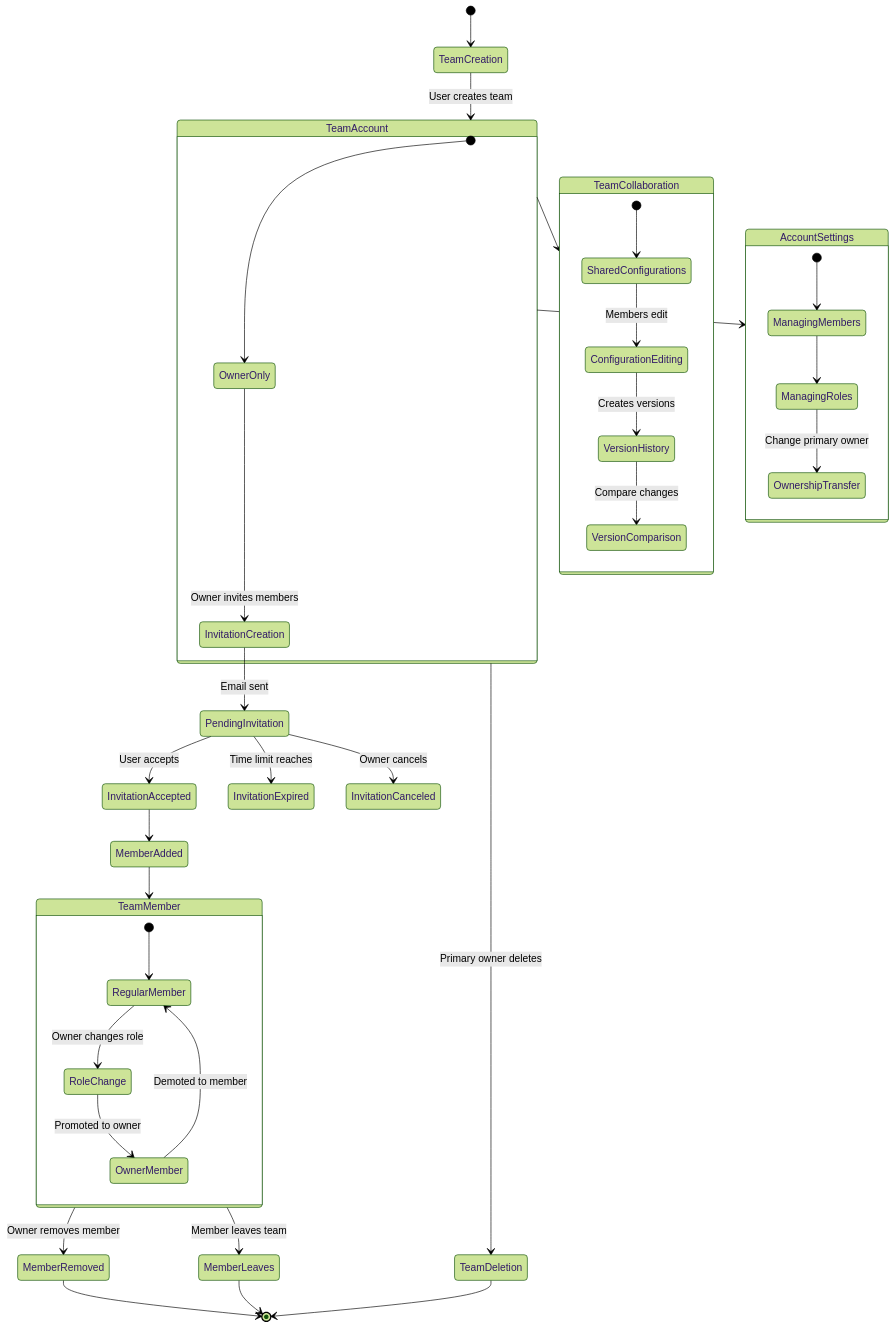
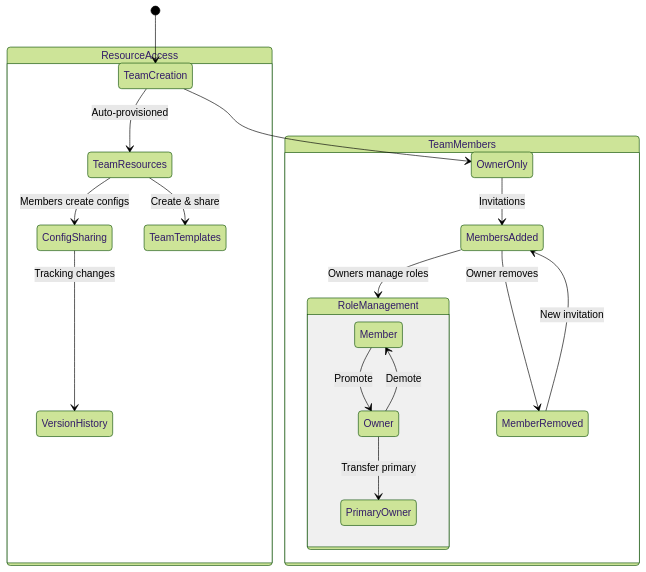
Before and after one commit to leger-labs/leger: the seventh of 10 diagrams in backend/7-business-workflows.md, drawn with Mermaid (forest theme). The commit also changed other lines of this file and 12 other files, not shown here.

````diff
--- a/backend/7-business-workflows.md
+++ b/backend/7-business-workflows.md
@@ -486,51 +347,26 @@
 ```mermaid
 stateDiagram-v2
     [*] --> TeamCreation
-    TeamCreation --> TeamAccount: User creates team
+    TeamCreation --> OwnerOnly
     
-    state TeamAccount {
-        [*] --> OwnerOnly
-        OwnerOnly --> InvitationCreation: Owner invites members
+    state TeamMembers {
+        OwnerOnly --> MembersAdded: Invitations
+        MembersAdded --> RoleManagement: Owners manage roles
+        
+        state RoleManagement {
+            Member --> Owner: Promote
+            Owner --> Member: Demote
+            Owner --> PrimaryOwner: Transfer primary
+        }
+        
+        MembersAdded --> MemberRemoved: Owner removes
+        MemberRemoved --> MembersAdded: New invitation
     }
     
-    InvitationCreation --> PendingInvitation: Email sent
-    PendingInvitation --> InvitationAccepted: User accepts
-    PendingInvitation --> InvitationExpired: Time limit reaches
-    PendingInvitation --> InvitationCanceled: Owner cancels
-    
-    InvitationAccepted --> MemberAdded
-    MemberAdded --> TeamMember
-    
-    state TeamMember {
-        [*] --> RegularMember
-        RegularMember --> RoleChange: Owner changes role
-        RoleChange --> OwnerMember: Promoted to owner
-        OwnerMember --> RegularMember: Demoted to member
+    state ResourceAccess {
+        TeamCreation --> TeamResources: Auto-provisioned
+        TeamResources --> ConfigSharing: Members create configs
+        ConfigSharing --> VersionHistory: Tracking changes
+        TeamResources --> TeamTemplates: Create & share
     }
-    
-    TeamMember --> MemberRemoved: Owner removes member
-    TeamMember --> MemberLeaves: Member leaves team
-    
-    MemberRemoved --> [*]
-    MemberLeaves --> [*]
-    
-    TeamAccount --> TeamCollaboration
-    
-    state TeamCollaboration {
-        [*] --> SharedConfigurations
-        SharedConfigurations --> ConfigurationEditing: Members edit
-        ConfigurationEditing --> VersionHistory: Creates versions
-        VersionHistory --> VersionComparison: Compare changes
-    }
-    
-    TeamAccount --> AccountSettings
-    
-    state AccountSettings {
-        [*] --> ManagingMembers
-        ManagingMembers --> ManagingRoles
-        ManagingRoles --> OwnershipTransfer: Change primary owner
-    }
-    
-    TeamAccount --> TeamDeletion: Primary owner deletes
-    TeamDeletion --> [*]
 ```
````
